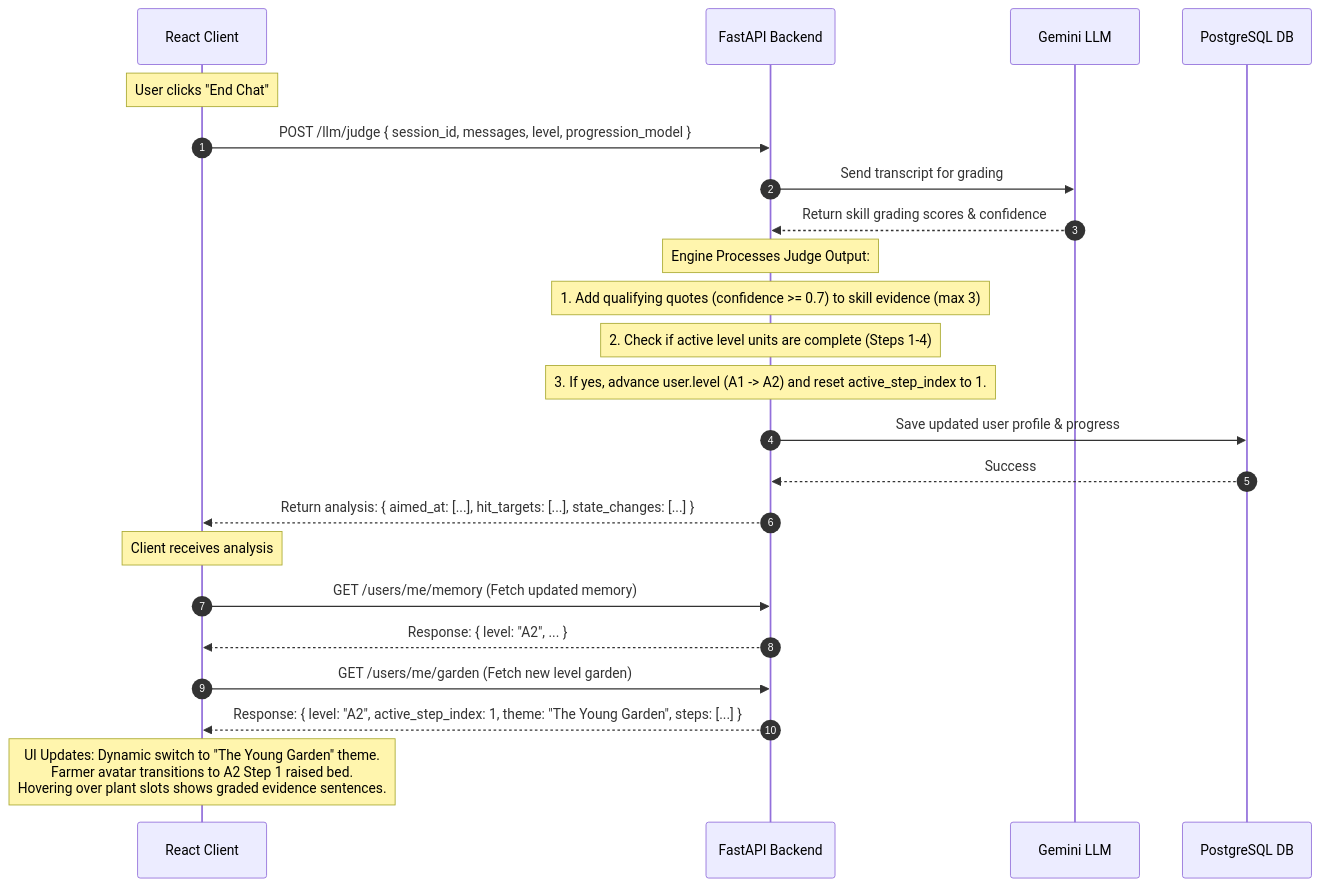
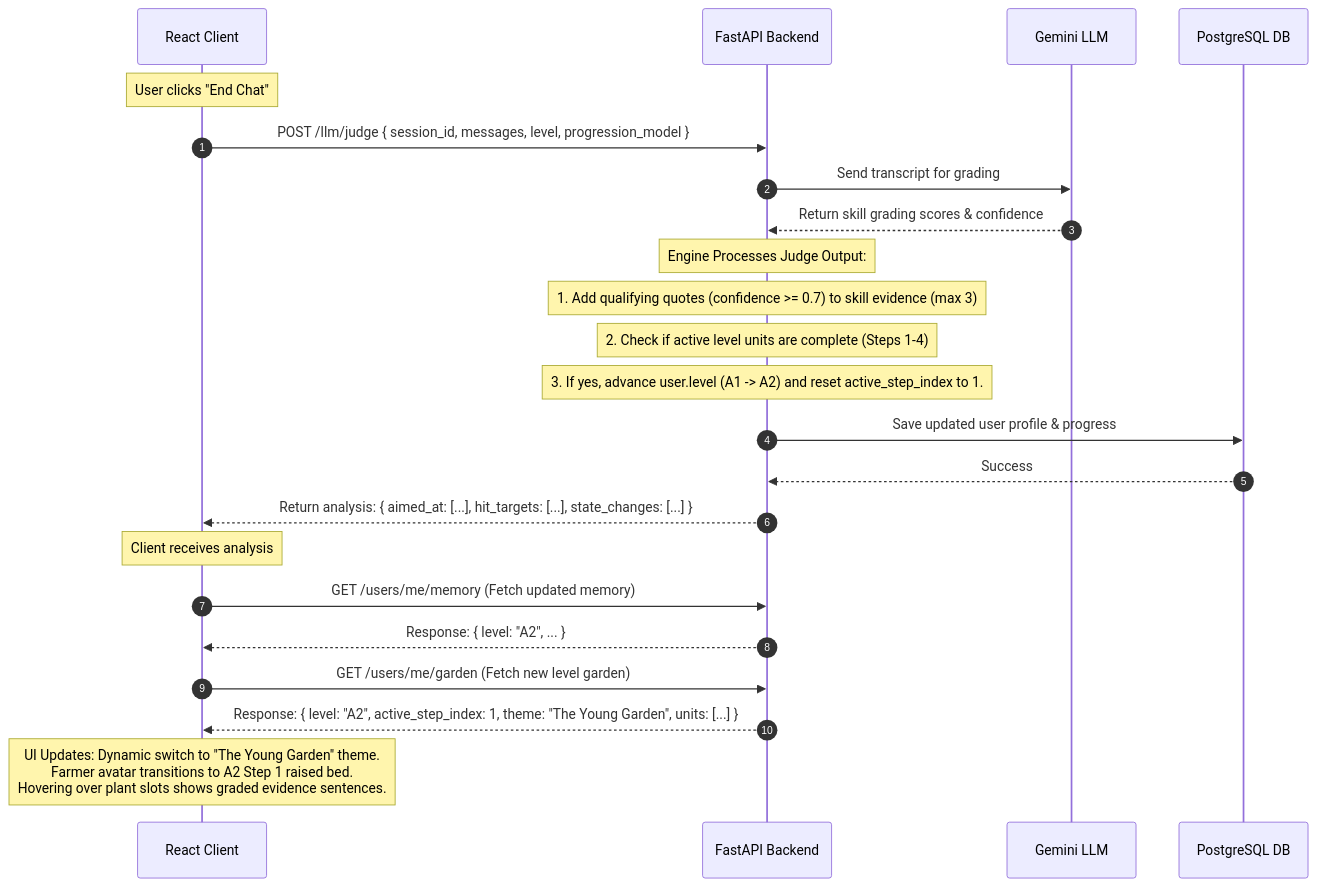
Before and after one commit to anshika410/English_learning_flutter_app: the fourth of 4 diagrams in docs/mintlify-src/system-architecture.mdx, drawn with Mermaid. The commit also changed other lines of this file and 1 other file, not shown here.

Commit message:
Update docs MDX files to use units/unit schema terminology

````diff
--- a/docs/mintlify-src/system-architecture.mdx
+++ b/docs/mintlify-src/system-architecture.mdx
@@ -126,30 +126,30 @@
 ```mermaid
 sequenceDiagram
     autonumber
     participant Client as React Client
     participant API as FastAPI Backend
     participant LLM as Gemini LLM
     participant DB as PostgreSQL DB
 
     Note over Client: User clicks "End Chat"
     Client->>API: POST /llm/judge { session_id, messages, level, progression_model }
     API->>LLM: Send transcript for grading
     LLM-->>API: Return skill grading scores & confidence
     
     Note over API: Engine Processes Judge Output:
     Note over API: 1. Add qualifying quotes (confidence >= 0.7) to skill evidence (max 3)
     Note over API: 2. Check if active level units are complete (Steps 1-4)
     Note over API: 3. If yes, advance user.level (A1 -> A2) and reset active_step_index to 1.
     
     API->>DB: Save updated user profile & progress
     DB-->>API: Success
     API-->>Client: Return analysis: { aimed_at: [...], hit_targets: [...], state_changes: [...] }
 
     Note over Client: Client receives analysis
     Client->>API: GET /users/me/memory (Fetch updated memory)
     API-->>Client: Response: { level: "A2", ... }
     Client->>API: GET /users/me/garden (Fetch new level garden)
-    API-->>Client: Response: { level: "A2", active_step_index: 1, theme: "The Young Garden", steps: [...] }
+    API-->>Client: Response: { level: "A2", active_step_index: 1, theme: "The Young Garden", units: [...] }
 
     Note over Client: UI Updates: Dynamic switch to "The Young Garden" theme.<br/>Farmer avatar transitions to A2 Step 1 raised bed.<br/>Hovering over plant slots shows graded evidence sentences.
 ```
````
